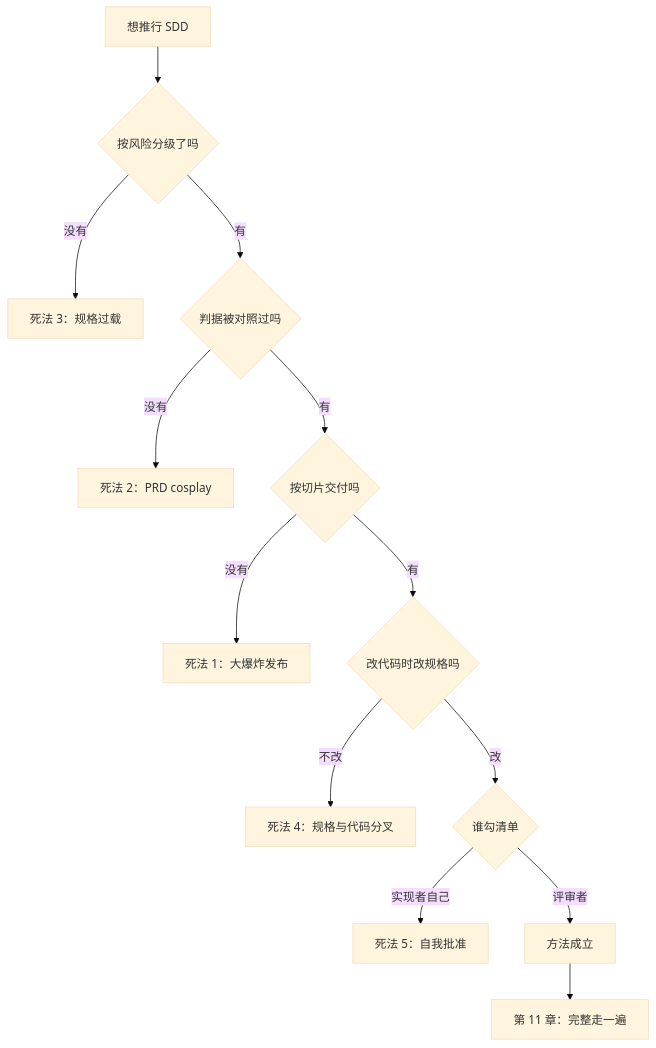
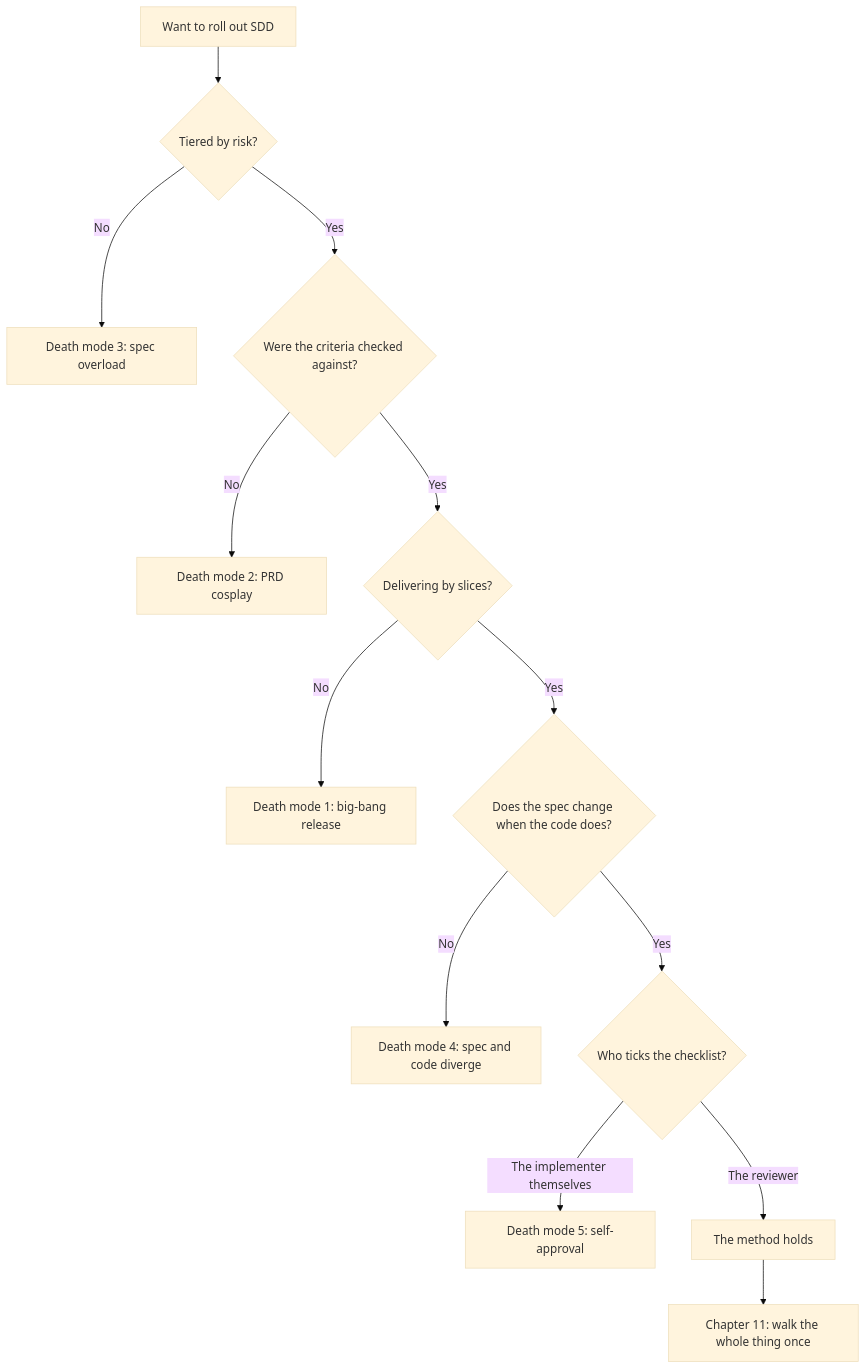
One commit to xzlxiao/vibe-coding-textbook changed the second of 2 diagrams in phase2/chapters/ch10-antipatterns.md. Above: the diagram before and after it, drawn with Mermaid (base theme). The commit also changed other lines of this file and 15 other files, not shown here.

````diff
--- a/phase2/chapters/ch10-antipatterns.md
+++ b/phase2/chapters/ch10-antipatterns.md
@@ -183,15 +183,15 @@
 ```mermaid
 flowchart TD
-    A["想推行 SDD"] --> B{"按风险分级了吗"}
-    B -->|"没有"| C["死法 3：规格过载"]
-    B -->|"有"| D{"判据被对照过吗"}
-    D -->|"没有"| E["死法 2：PRD cosplay"]
-    D -->|"有"| F{"按切片交付吗"}
-    F -->|"没有"| G["死法 1：大爆炸发布"]
-    F -->|"有"| H{"改代码时改规格吗"}
-    H -->|"不改"| I["死法 4：规格与代码分叉"]
-    H -->|"改"| J{"谁勾清单"}
-    J -->|"实现者自己"| K["死法 5：自我批准"]
-    J -->|"评审者"| L["方法成立"]
-    L --> M["第 11 章：完整走一遍"]
+    A["Want to roll out SDD"] --> B{"Tiered by risk?"}
+    B -->|"No"| C["Death mode 3: spec overload"]
+    B -->|"Yes"| D{"Were the criteria checked against?"}
+    D -->|"No"| E["Death mode 2: PRD cosplay"]
+    D -->|"Yes"| F{"Delivering by slices?"}
+    F -->|"No"| G["Death mode 1: big-bang release"]
+    F -->|"Yes"| H{"Does the spec change when the code does?"}
+    H -->|"No"| I["Death mode 4: spec and code diverge"]
+    H -->|"Yes"| J{"Who ticks the checklist?"}
+    J -->|"The implementer themselves"| K["Death mode 5: self-approval"]
+    J -->|"The reviewer"| L["The method holds"]
+    L --> M["Chapter 11: walk the whole thing once"]
 ```
````
